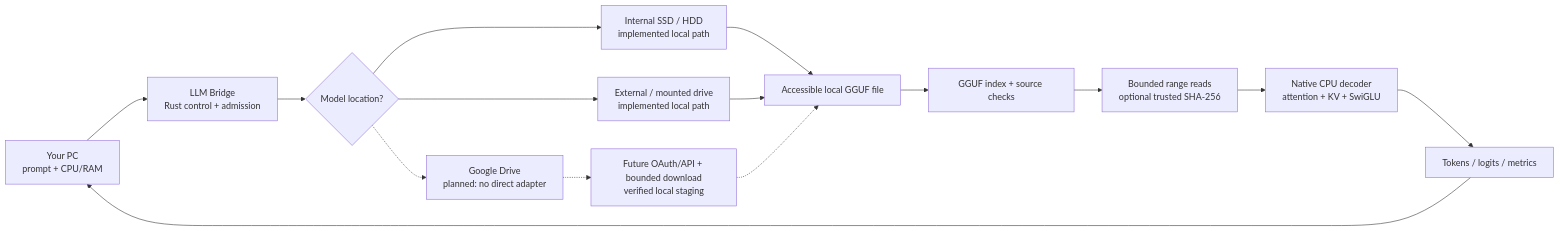
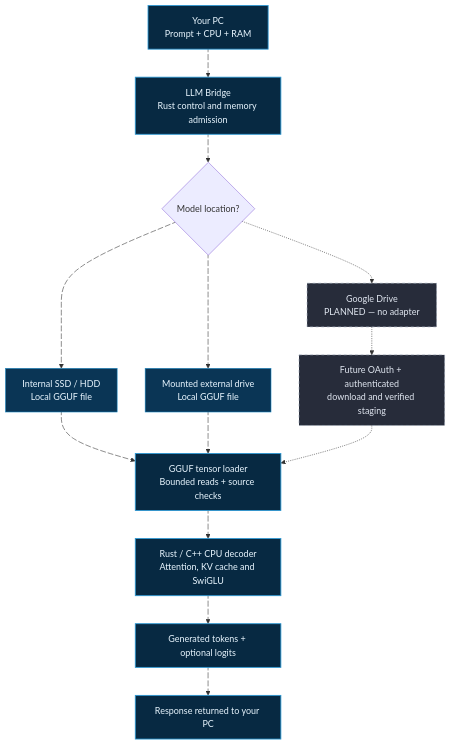
Before and after one commit to smshagor-dev/LLM-Bridge: the third of 3 diagrams in README.md, drawn with Mermaid. The commit also changed other lines of this file, not shown here.

Commit message:
docs: replace HTML explorer with animated Mermaid PC-to-model workflow

````diff
--- a/README.md
+++ b/README.md
@@ -113,17 +111,34 @@
 ```mermaid
-flowchart LR
-    PC["Your PC<br/>prompt + CPU/RAM"] --> Bridge["LLM Bridge<br/>Rust control + admission"]
-    Bridge --> Source{"Model location?"}
-    Source --> SSD["Internal SSD / HDD<br/>implemented local path"]
-    Source --> Mount["External / mounted drive<br/>implemented local path"]
-    Source -.-> Cloud["Google Drive<br/>planned: no direct adapter"]
-    Cloud -.-> Stage["Future OAuth/API + bounded download<br/>verified local staging"]
-    SSD --> File["Accessible local GGUF file"]
-    Mount --> File
-    Stage -.-> File
-    File --> Index["GGUF index + source checks"]
-    Index --> Reader["Bounded range reads<br/>optional trusted SHA-256"]
-    Reader --> CPU["Native CPU decoder<br/>attention + KV + SwiGLU"]
-    CPU --> Reply["Tokens / logits / metrics"]
-    Reply --> PC
+flowchart TB
+    PC["Your PC<br/>Prompt + CPU + RAM"] e1@--> Bridge["LLM Bridge<br/>Rust control and memory admission"]
+    Bridge e2@--> Source{"Model location?"}
+
+    Source e3@--> SSD["Internal SSD / HDD<br/>Local GGUF file"]
+    Source e4@--> External["Mounted external drive<br/>Local GGUF file"]
+    Source -.-> Google["Google Drive<br/>PLANNED — no adapter"]
+    Google -.-> Stage["Future OAuth + authenticated<br/>download and verified staging"]
+
+    SSD e5@--> Loader["GGUF tensor loader<br/>Bounded reads + source checks"]
+    External e6@--> Loader
+    Stage -.-> Loader
+    Loader e7@--> Decoder["Rust / C++ CPU decoder<br/>Attention, KV cache and SwiGLU"]
+    Decoder e8@--> Tokens["Generated tokens + optional logits"]
+    Tokens e9@--> Reply["Response returned to your PC"]
+
+    e1@{ animation: fast }
+    e2@{ animation: fast }
+    e3@{ animation: slow }
+    e4@{ animation: slow }
+    e5@{ animation: fast }
+    e6@{ animation: fast }
+    e7@{ animation: fast }
+    e8@{ animation: fast }
+    e9@{ animation: fast }
+
+    classDef runtime fill:#072942,stroke:#2b9ad6,color:#e9f6ff,stroke-width:1.5px
+    classDef drive fill:#0a3555,stroke:#1989c6,color:#e9f6ff
+    classDef future fill:#272c3a,stroke:#98a4b6,color:#e0e6f0,stroke-dasharray:5\,5
+    class PC,Bridge,Loader,Decoder,Tokens,Reply runtime
+    class SSD,External drive
+    class Google,Stage future
 ```
````
